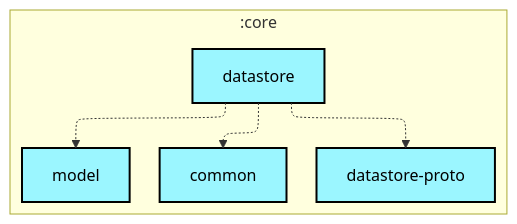
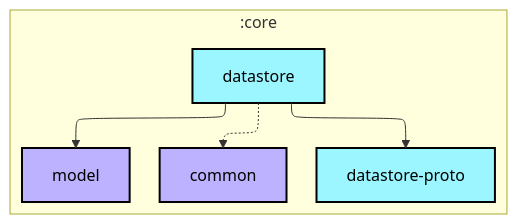
Before and after one commit to lihenggui/nowinkmp: the first of 2 diagrams in core/datastore/README.md, drawn with Mermaid. The commit also changed other lines of this file and 26 other files, not shown here.

First line of the commit message:
Revert "Updates module graphs"

````diff
--- a/core/datastore/README.md
+++ b/core/datastore/README.md
@@ -6,27 +6,27 @@
 ```mermaid
 ---
 config:
   layout: elk
   elk:
     nodePlacementStrategy: SIMPLE
 ---
 graph TB
   subgraph :core
     direction TB
-    :core:common[common]:::kmp-library
-    :core:datastore[datastore]:::kmp-library
-    :core:datastore-proto[datastore-proto]:::kmp-library
-    :core:model[model]:::kmp-library
+    :core:common[common]:::jvm-library
+    :core:datastore[datastore]:::android-library
+    :core:datastore-proto[datastore-proto]:::android-library
+    :core:model[model]:::jvm-library
   end
 
   :core:datastore -.-> :core:common
-  :core:datastore -.-> :core:datastore-proto
-  :core:datastore -.-> :core:model
+  :core:datastore --> :core:datastore-proto
+  :core:datastore --> :core:model
 
-classDef cmp-application fill:#CAFFBF,stroke:#000,stroke-width:2px,color:#000;
-classDef cmp-feature fill:#FFD6A5,stroke:#000,stroke-width:2px,color:#000;
-classDef kmp-library fill:#9BF6FF,stroke:#000,stroke-width:2px,color:#000;
+classDef android-application fill:#CAFFBF,stroke:#000,stroke-width:2px,color:#000;
+classDef android-feature fill:#FFD6A5,stroke:#000,stroke-width:2px,color:#000;
+classDef android-library fill:#9BF6FF,stroke:#000,stroke-width:2px,color:#000;
+classDef android-test fill:#A0C4FF,stroke:#000,stroke-width:2px,color:#000;
 classDef jvm-library fill:#BDB2FF,stroke:#000,stroke-width:2px,color:#000;
-classDef android-test fill:#A0C4FF,stroke:#000,stroke-width:2px,color:#000;
 classDef unknown fill:#FFADAD,stroke:#000,stroke-width:2px,color:#000;
 ```
````
